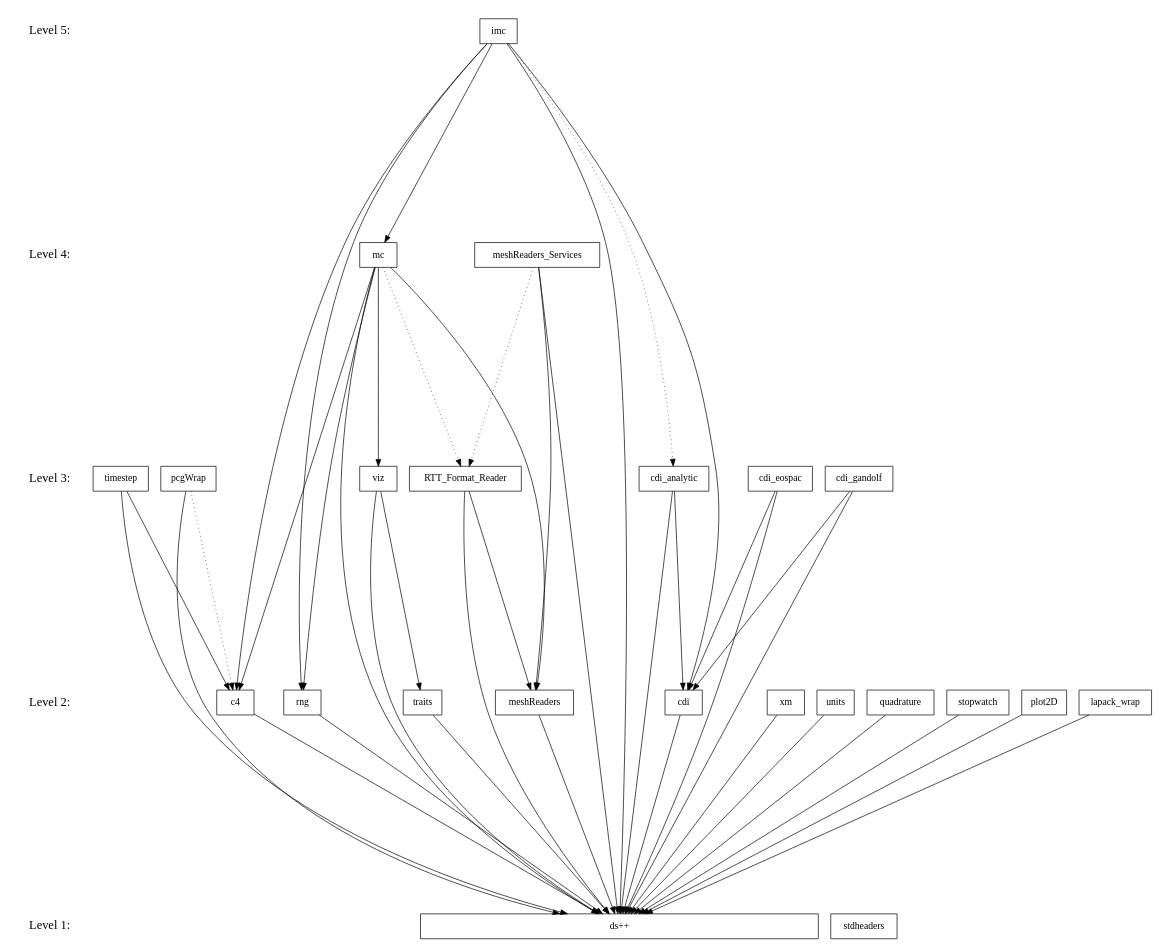
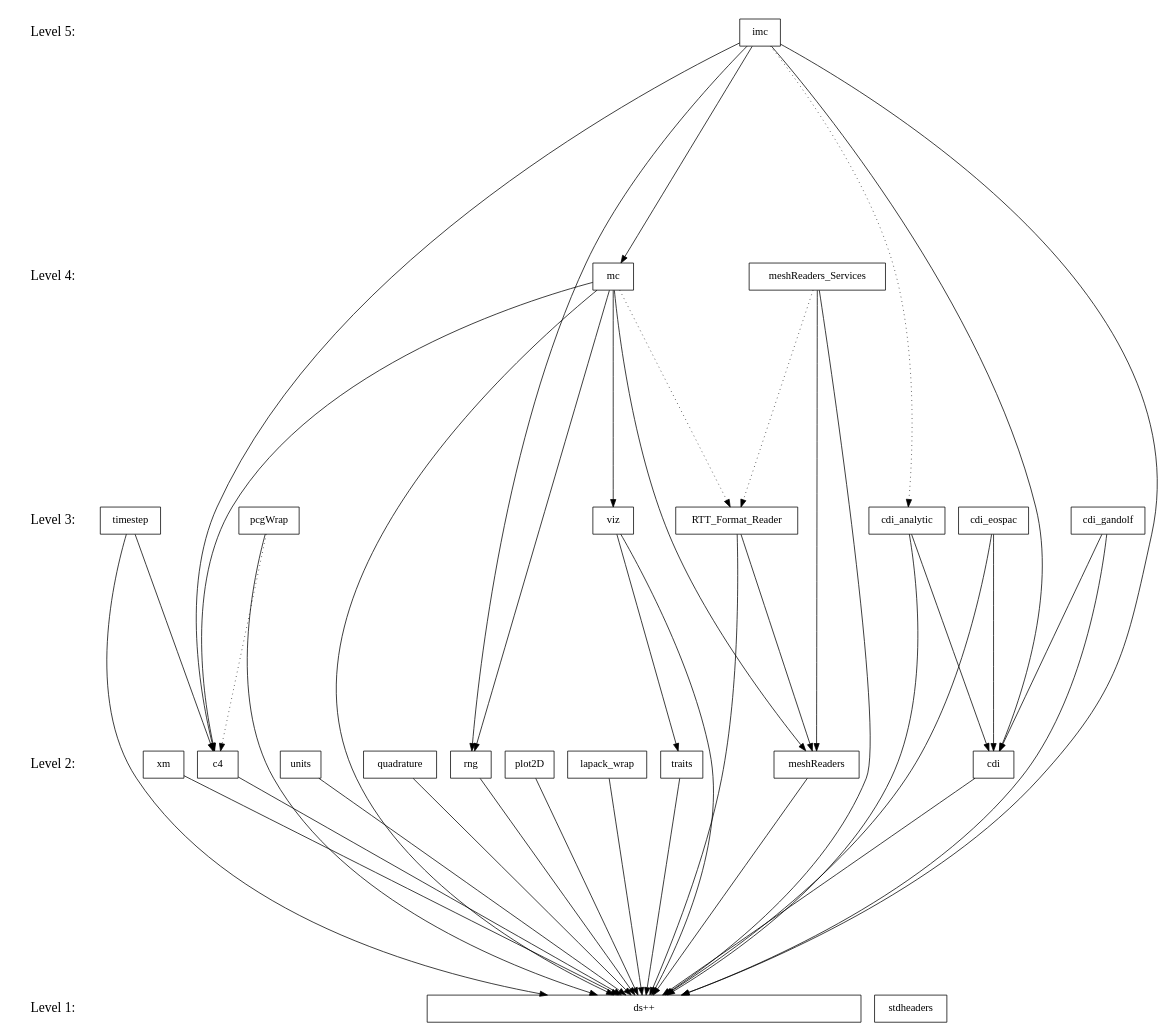
Before and after one commit to losalamos/Draco: the diagram in doc/design/level.dot, drawn with Graphviz. The commit also changed 1 other file, not shown here.

Commit message:
Update levelized diagram (stopwatch has been removed).

```diff
--- a/doc/design/level.dot
+++ b/doc/design/level.dot
@@ -1,92 +1,90 @@
 digraph draco_level {
     /* graph attributes */
     center=1;
     size="7.5,10";
     ranksep=4;
     
     /* levels */
     level1 [shape=plaintext, label="Level 1:", fontsize=18];
     level2 [shape=plaintext, label="Level 2:", fontsize=18];
     level3 [shape=plaintext, label="Level 3:", fontsize=18];
     level4 [shape=plaintext, label="Level 4:", fontsize=18];
     level5 [shape=plaintext, label="Level 5:", fontsize=18];
     
     level5 -> level4 -> level3 -> level2 -> level1 [style=invis];
     
     /* packages */
     
     /* level 1 */
     dsxx [shape=box, label="ds++", width=8];
     stdheaders [shape=box, label="stdheaders"];
     
     /* level 2 */
     traits [shape=box, label="traits"];
     xm [shape=box, label="xm"];
     c4 [shape=box, label="c4"];
     rng [shape=box, label="rng"];
     units [shape=box, label="units"];
     cdi [shape=box, label="cdi"];
     quad [shape=box, label="quadrature"];
     meshread [shape=box, label="meshReaders"];
-    stop [shape=box, label="stopwatch"]; 
     plot [shape=box, label="plot2D"];
     lapack [shape=box, label="lapack_wrap"];
     
     /* level 3 */
     viz [shape=box, label="viz"];
     timestep [shape=box, label="timestep"];
     cdianal [shape=box, label="cdi_analytic"];
     cdieos [shape=box, label="cdi_eospac"];
     cdigan [shape=box, label="cdi_gandolf"];
     pcg [shape=box, label="pcgWrap"];
     rttread [shape=box, label="RTT_Format_Reader"];
     
     /* level 4 */
     mc [shape=box, label="mc"];
     meshservice [shape=box, label="meshReaders_Services"];
 
     /* level 5 */
     imc [shape=box, label="imc"];
     
     /* dependencies */
     {rank=same; level1 stdheaders dsxx};
-    {rank=same; level2 plot lapack stop traits xm c4 rng units meshread cdi quad};
+    {rank=same; level2 plot lapack traits xm c4 rng units meshread cdi quad};
     {rank=same; level3 rttread viz timestep cdianal cdieos cdigan pcg};
     {rank=same; level4 mc meshservice};
     {rank=same; level5 imc};
     
     /* draco packages */
     
     /* level 2 */
     xm          -> {dsxx};
     units       -> {dsxx};
     traits      -> {dsxx};
     c4          -> {dsxx};
     rng         -> {dsxx};
     cdi         -> {dsxx};
     meshread    -> {dsxx};
     quad        -> {dsxx};
-    stop        -> {dsxx};
     plot        -> {dsxx};
     lapack      -> {dsxx};
     
     /* level 3 */
     viz         -> {traits dsxx};
     timestep    -> {c4 dsxx};
     pcg         -> {dsxx};
     pcg         -> {c4} [style=dotted];
     cdianal     -> {cdi dsxx};
     cdieos      -> {cdi dsxx};
     cdigan      -> {cdi dsxx};
     rttread     -> {meshread dsxx};
 
     /* level 4 */
     mc          -> {viz meshread rng c4 dsxx};
     mc          -> {rttread} [style=dotted];
     meshservice -> {meshread dsxx};
     meshservice -> {rttread} [style=dotted];
 
     /* level 5 */
     imc         -> {mc cdi rng c4 dsxx};
     imc         -> {cdianal} [style=dotted];
 }
```
